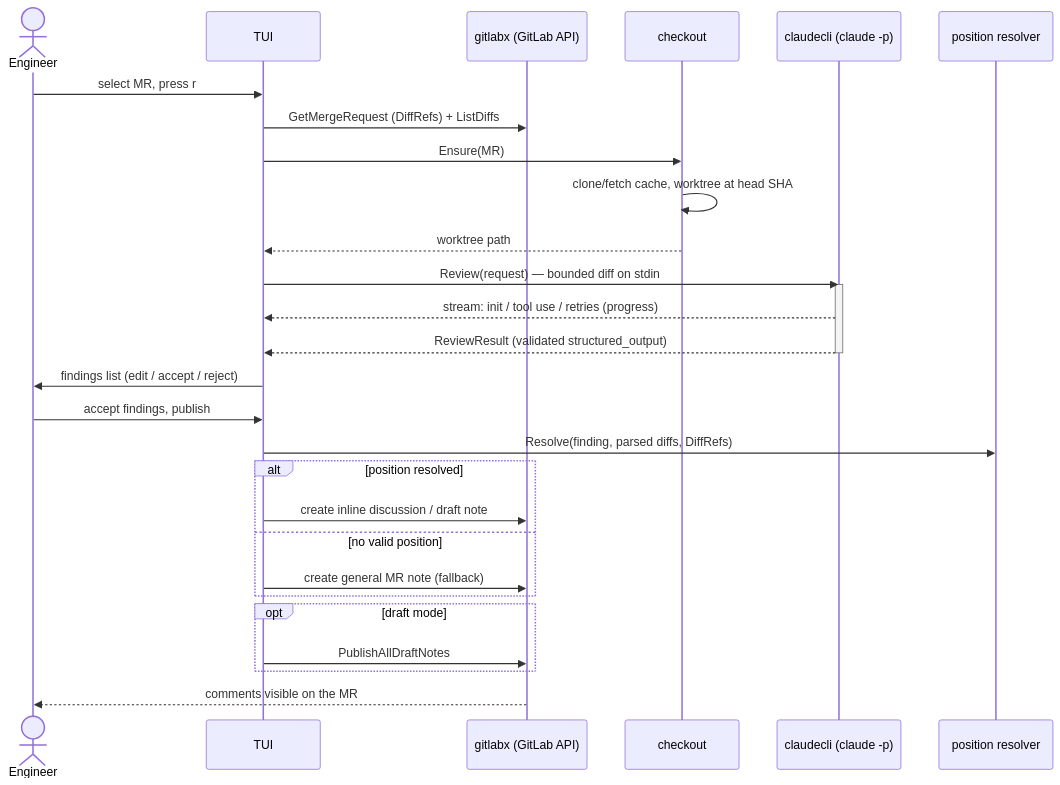
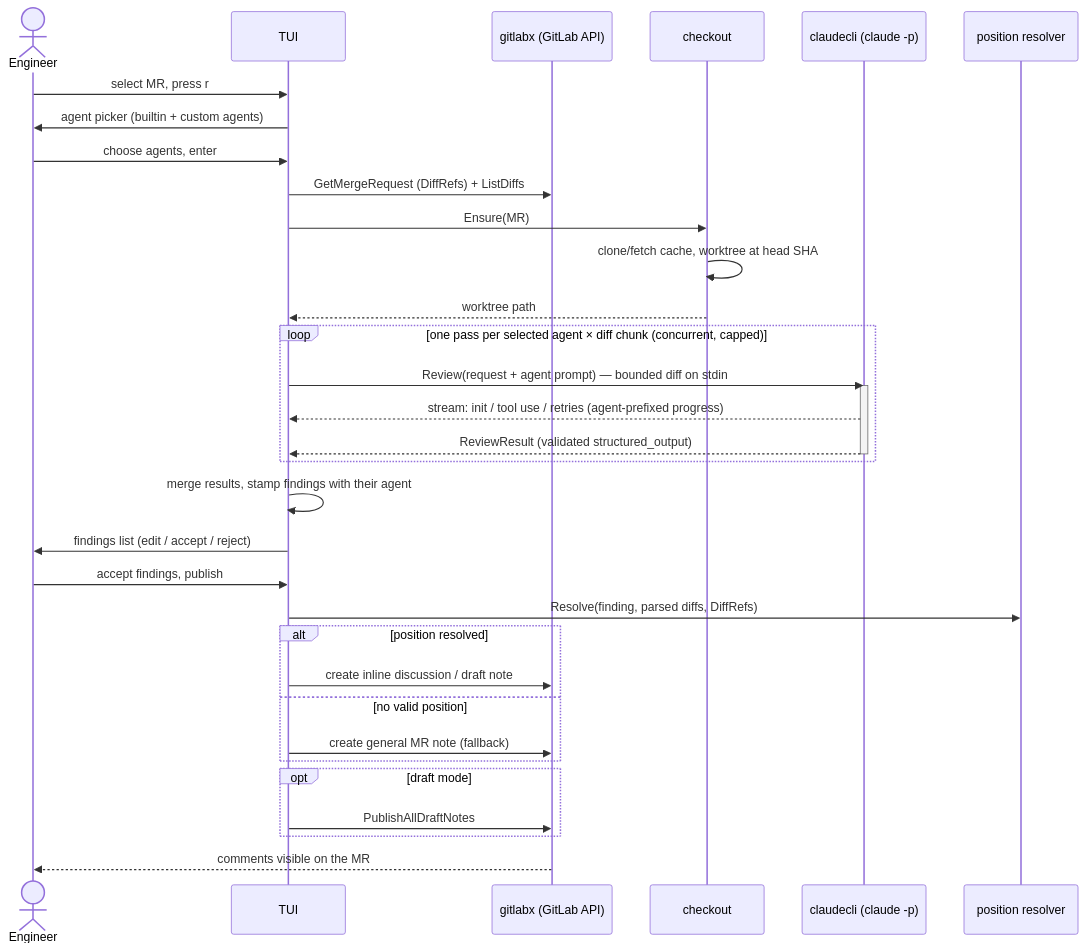
One commit to RobertYoung/gitlab-reviewer-cli changed the second of 2 diagrams in docs/architecture.md. Above: the diagram before and after it, drawn with Mermaid. The commit also changed other lines of this file and 39 other files, not shown here.

First line of the commit message:
feat(review): make review agents pluggable and toggleable per scan

````diff
--- a/docs/architecture.md
+++ b/docs/architecture.md
@@ -72,32 +83,37 @@
 ```mermaid
 sequenceDiagram
     actor U as Engineer
     participant T as TUI
     participant G as gitlabx (GitLab API)
     participant C as checkout
     participant R as claudecli (claude -p)
     participant P as position resolver
 
     U->>T: select MR, press r
+    T->>U: agent picker (builtin + custom agents)
+    U->>T: choose agents, enter
     T->>G: GetMergeRequest (DiffRefs) + ListDiffs
     T->>C: Ensure(MR)
     C->>C: clone/fetch cache, worktree at head SHA
     C-->>T: worktree path
-    T->>R: Review(request) — bounded diff on stdin
-    activate R
-    R-->>T: stream: init / tool use / retries (progress)
-    R-->>T: ReviewResult (validated structured_output)
-    deactivate R
+    loop one pass per selected agent × diff chunk (concurrent, capped)
+        T->>R: Review(request + agent prompt) — bounded diff on stdin
+        activate R
+        R-->>T: stream: init / tool use / retries (agent-prefixed progress)
+        R-->>T: ReviewResult (validated structured_output)
+        deactivate R
+    end
+    T->>T: merge results, stamp findings with their agent
     T->>U: findings list (edit / accept / reject)
     U->>T: accept findings, publish
     T->>P: Resolve(finding, parsed diffs, DiffRefs)
     alt position resolved
         T->>G: create inline discussion / draft note
     else no valid position
         T->>G: create general MR note (fallback)
     end
     opt draft mode
         T->>G: PublishAllDraftNotes
     end
     G-->>U: comments visible on the MR
 ```
````
